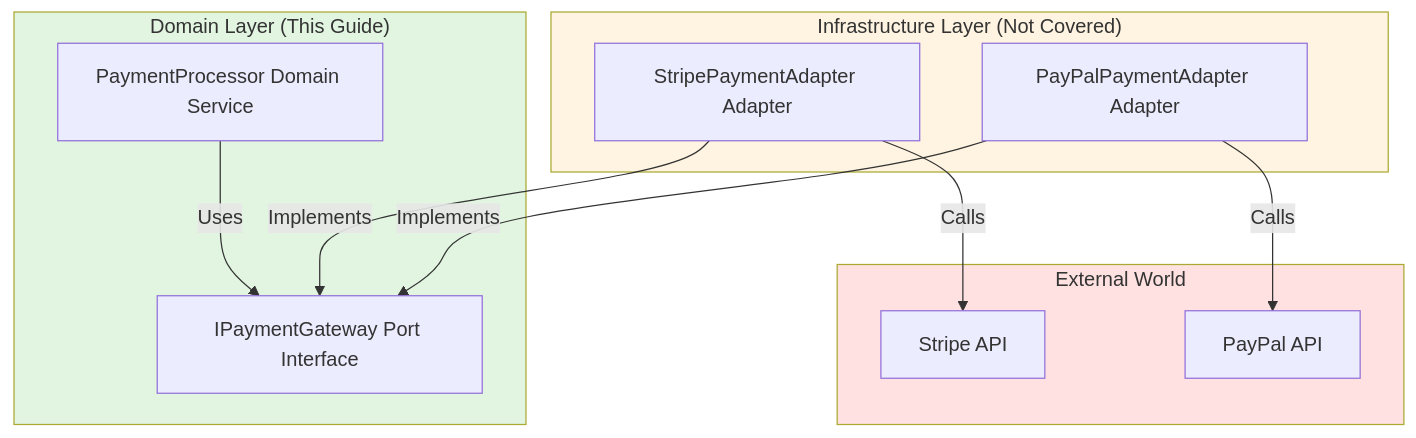
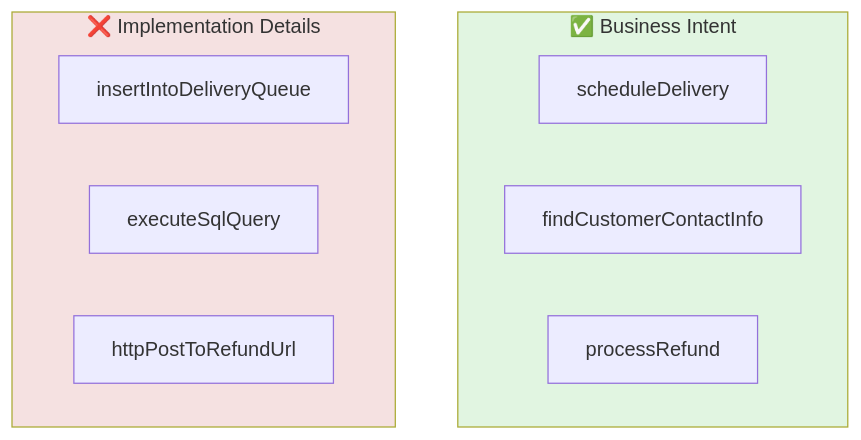
The first of 21 diagrams in plugins/ddd/skills/ddd-domain-design/guides/ports.md (kbjorklid/ddd-cc-marketplace), drawn with Mermaid before and after one commit. The commit also changed other lines of this file and 24 other files, not shown here.

````diff
--- a/plugins/ddd/skills/ddd-domain-design/guides/ports.md
+++ b/plugins/ddd/skills/ddd-domain-design/guides/ports.md
@@ -13,27 +59,17 @@
 ```mermaid
 flowchart TB
-    subgraph Domain["Domain Layer (This Guide)"]
-        Port[IPaymentGateway Port Interface]
-        DomainService[PaymentProcessor Domain Service]
+    subgraph Good["✅ Business Intent"]
+        G1[scheduleDelivery]
+        G2[findCustomerContactInfo]
+        G3[processRefund]
     end
 
-    subgraph Infrastructure["Infrastructure Layer (Not Covered)"]
-        Adapter[StripePaymentAdapter Adapter]
-        PayPalAdapter[PayPalPaymentAdapter Adapter]
+    subgraph Bad["❌ Implementation Details"]
+        B1[insertIntoDeliveryQueue]
+        B2[executeSqlQuery]
+        B3[httpPostToRefundUrl]
     end
 
-    subgraph External["External World"]
-        Stripe[Stripe API]
-        PayPal[PayPal API]
-    end
-
-    DomainService -->|Uses| Port
-    Adapter -->|Implements| Port
-    PayPalAdapter -->|Implements| Port
-    Adapter -->|Calls| Stripe
-    PayPalAdapter -->|Calls| PayPal
-
-    style Domain fill:#e1f5e1
-    style Infrastructure fill:#fff4e1
-    style External fill:#ffe1e1
+    style Good fill:#e1f5e1
+    style Bad fill:#f5e1e1
 ```
````
